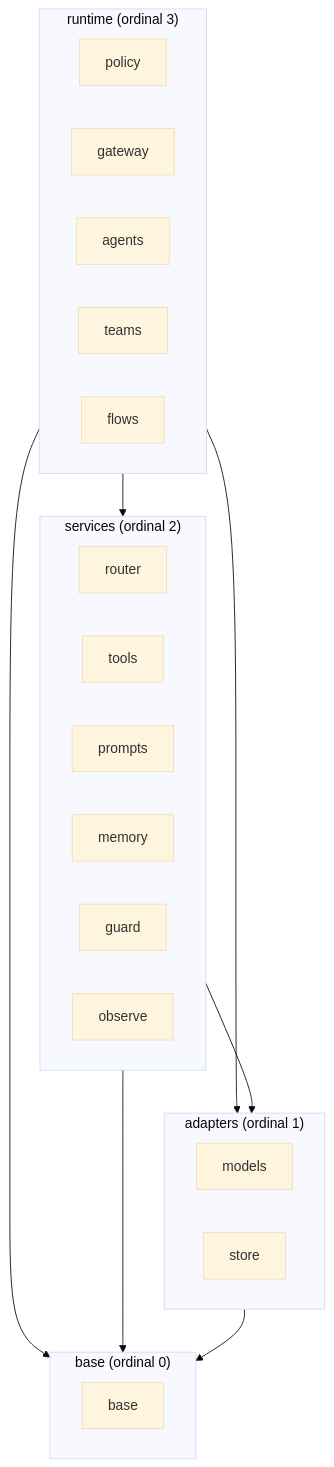
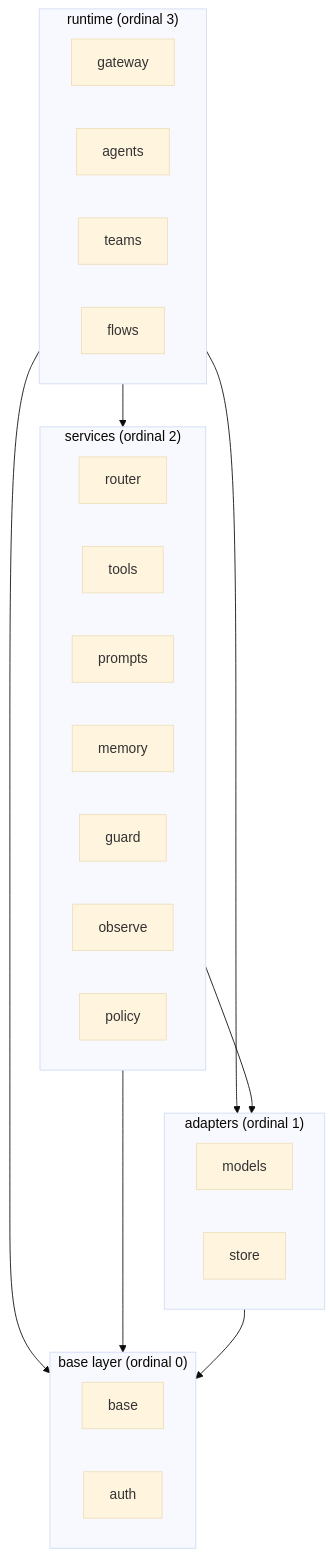
The diagram in .kiro/specs/structure/design.md (caiogafo/skye), drawn with Mermaid (base theme) before and after one commit. The commit also changed other lines of this file and 43 other files, not shown here.

````diff
--- a/.kiro/specs/structure/design.md
+++ b/.kiro/specs/structure/design.md
@@ -85,32 +76,33 @@
 ```mermaid
 graph TD
     subgraph runtime["runtime (ordinal 3)"]
-        policy
         gateway
         agents
         teams
         flows
     end
     subgraph services["services (ordinal 2)"]
         router
         tools
         prompts
         memory
         guard
         observe
+        policy
     end
     subgraph adapters["adapters (ordinal 1)"]
         models
         store
     end
-    subgraph base_layer["base (ordinal 0)"]
+    subgraph base_layer["base layer (ordinal 0)"]
         base
+        auth
     end
 
     runtime --> services
     runtime --> adapters
     runtime --> base_layer
     services --> adapters
     services --> base_layer
     adapters --> base_layer
 ```
````
